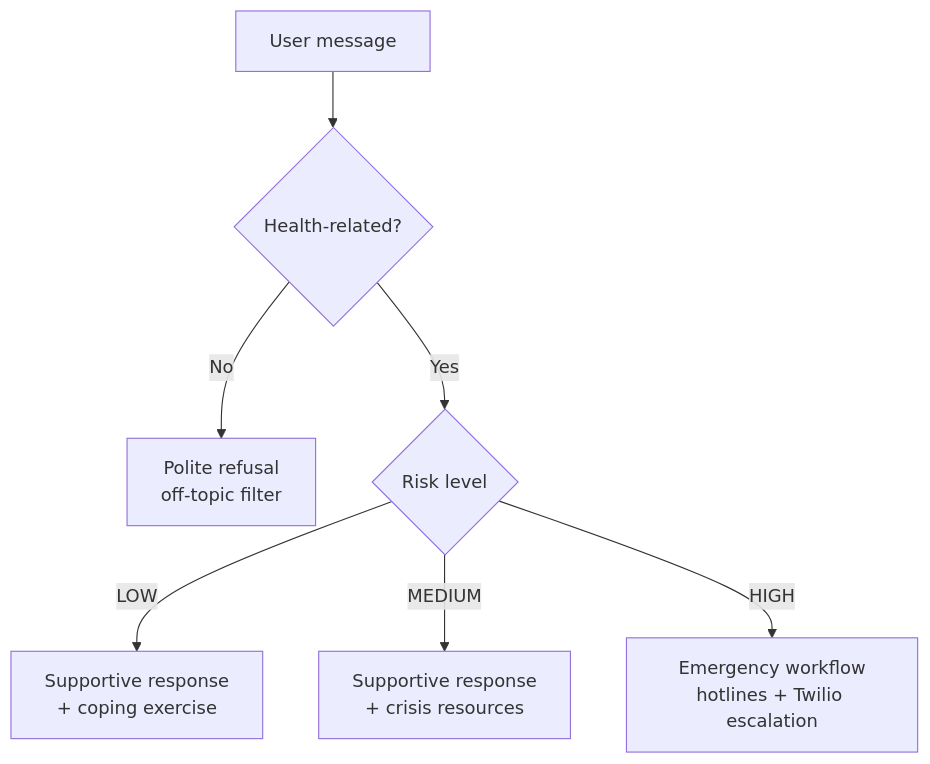
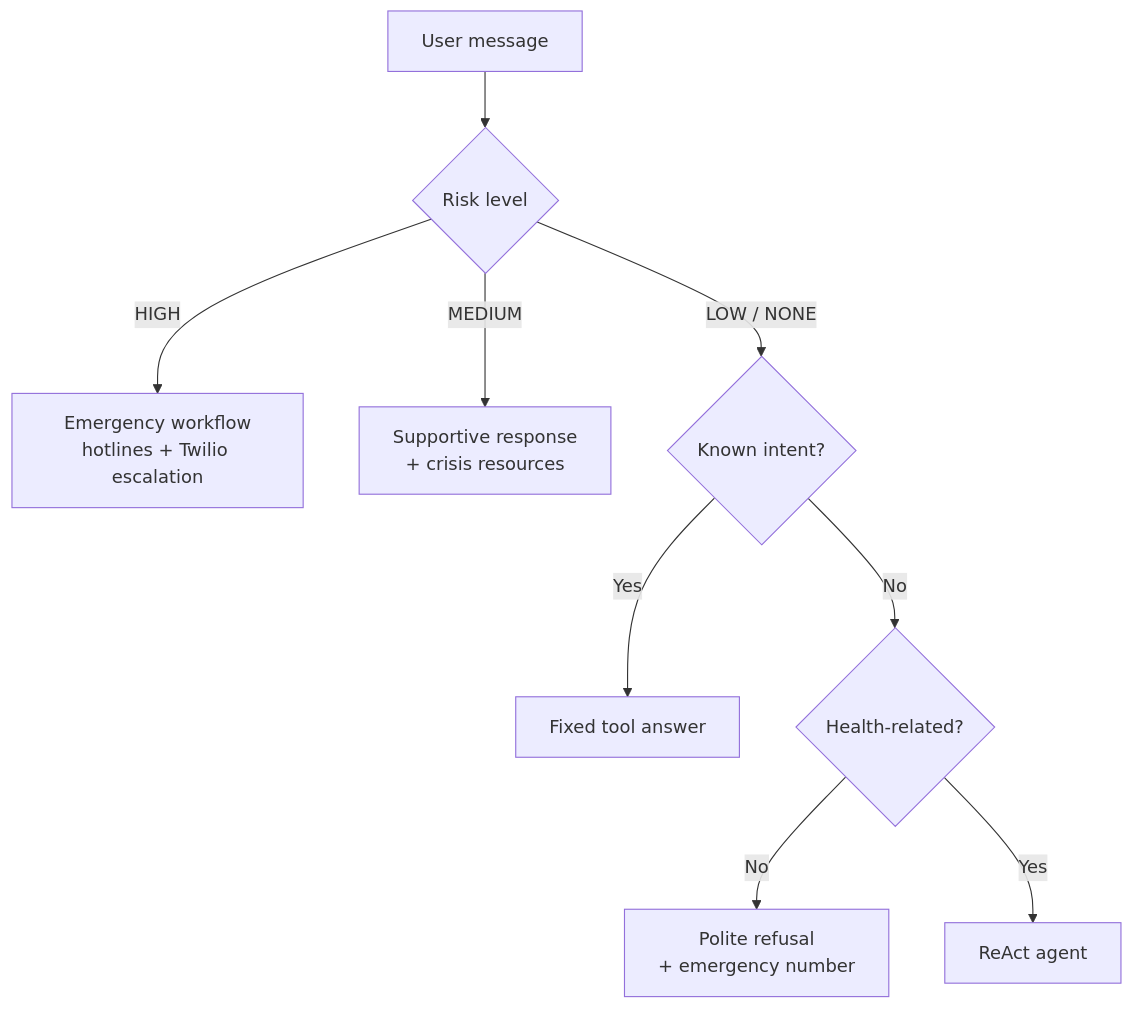
Before and after one commit to Jatin1Mathur/safespace-ai: the fifth of 5 diagrams in README.md, drawn with Mermaid. The commit also changed other lines of this file and 20 other files, not shown here.

````diff
--- a/README.md
+++ b/README.md
@@ -253,9 +268,11 @@
 ```mermaid
 flowchart TD
-    M[User message] --> F{Health-related?}
-    F -->|No| OFF[Polite refusal<br/>off-topic filter]
-    F -->|Yes| RISK{Risk level}
-    RISK -->|LOW| LOW[Supportive response<br/>+ coping exercise]
+    M[User message] --> RISK{Risk level}
+    RISK -->|HIGH| HIGH[Emergency workflow<br/>hotlines + Twilio escalation]
     RISK -->|MEDIUM| MED[Supportive response<br/>+ crisis resources]
-    RISK -->|HIGH| HIGH[Emergency workflow<br/>hotlines + Twilio escalation]
+    RISK -->|LOW / NONE| INT{Known intent?}
+    INT -->|Yes| TOOL[Fixed tool answer]
+    INT -->|No| F{Health-related?}
+    F -->|No| OFF[Polite refusal<br/>+ emergency number]
+    F -->|Yes| AG[ReAct agent]
 ```
````
